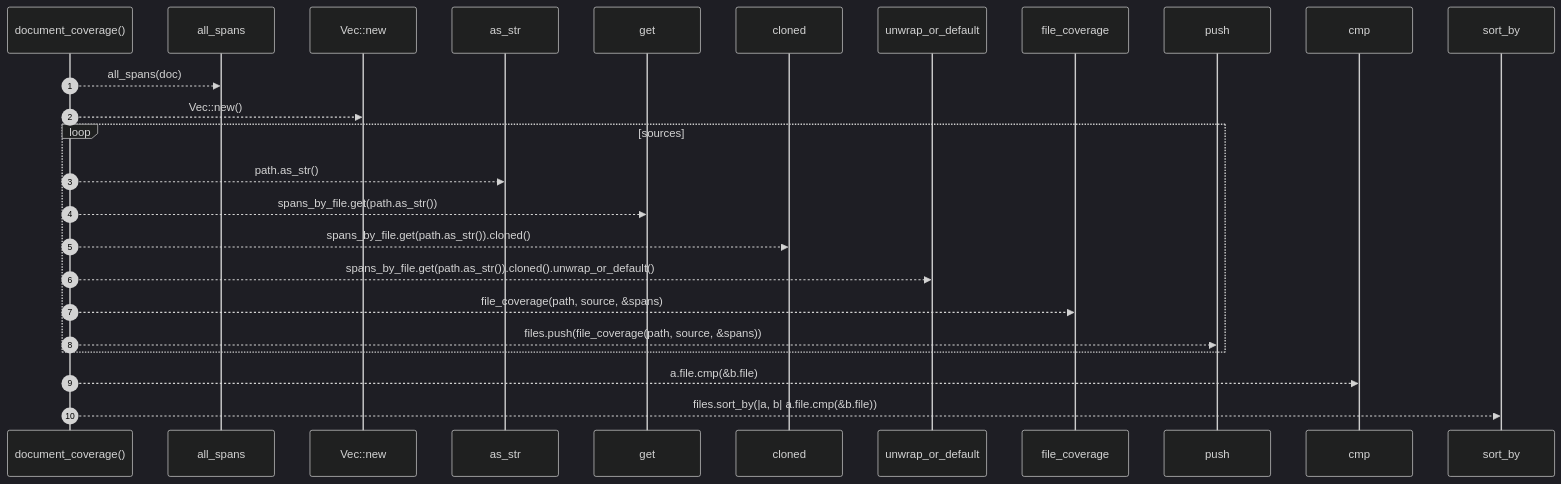
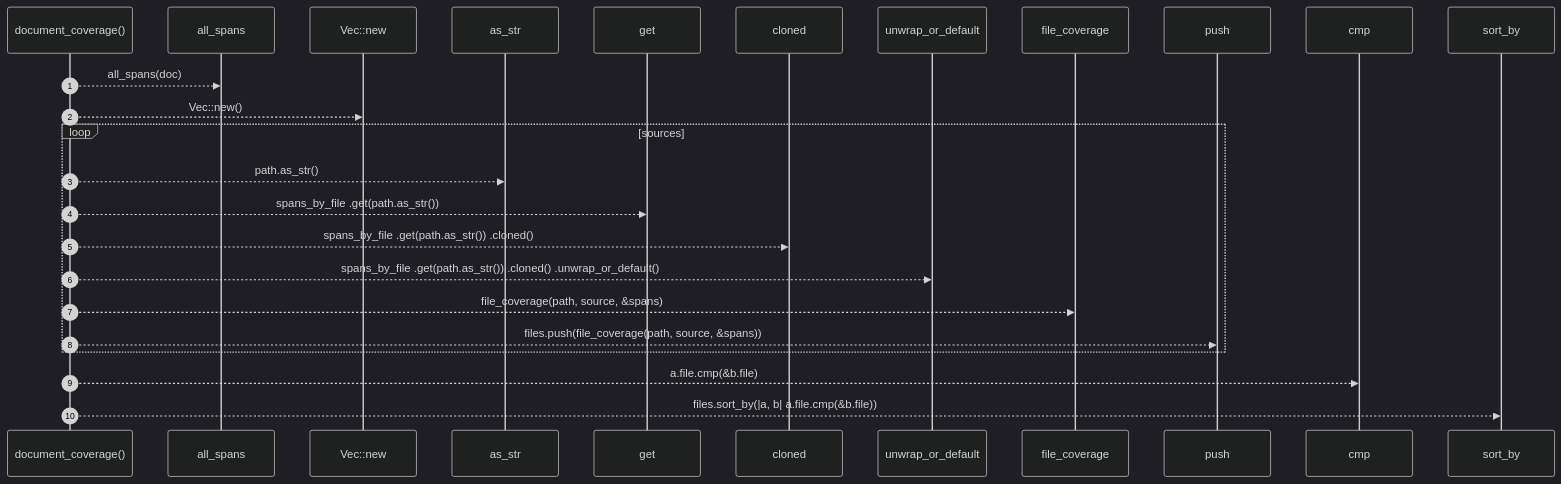
One commit to RyanGuild/self-describing-code changed the diagram in docs/self-model/robby_ir/coverage/document-coverage.md. Above: the diagram before and after it, drawn with Mermaid (dark theme). The commit also changed other lines of this file and 747 other files, not shown here.

````diff
--- a/docs/self-model/robby_ir/coverage/document-coverage.md
+++ b/docs/self-model/robby_ir/coverage/document-coverage.md
@@ -38,27 +41,27 @@
 ```mermaid
 sequenceDiagram
     autonumber
     participant document_coverage as document_coverage()
     participant all_spans as all_spans
     participant Vec__new as Vec::new
     participant as_str as as_str
     participant get as get
     participant cloned as cloned
     participant unwrap_or_default as unwrap_or_default
     participant file_coverage as file_coverage
     participant push as push
     participant cmp as cmp
     participant sort_by as sort_by
     document_coverage-->>all_spans: all_spans(doc)
     document_coverage-->>Vec__new: Vec::new()
     loop sources
     document_coverage-->>as_str: path.as_str()
-    document_coverage-->>get: spans_by_file.get(path.as_str())
-    document_coverage-->>cloned: spans_by_file.get(path.as_str()).cloned()
-    document_coverage-->>unwrap_or_default: spans_by_file.get(path.as_str()).cloned().unwrap_or_default()
+    document_coverage-->>get: spans_by_file .get(path.as_str())
+    document_coverage-->>cloned: spans_by_file .get(path.as_str()) .cloned()
+    document_coverage-->>unwrap_or_default: spans_by_file .get(path.as_str()) .cloned() .unwrap_or_default()
     document_coverage-->>file_coverage: file_coverage(path, source, &spans)
     document_coverage-->>push: files.push(file_coverage(path, source, &spans))
     end
     document_coverage-->>cmp: a.file.cmp(&b.file)
     document_coverage-->>sort_by: files.sort_by(|a, b| a.file.cmp(&b.file))
 ```
````
